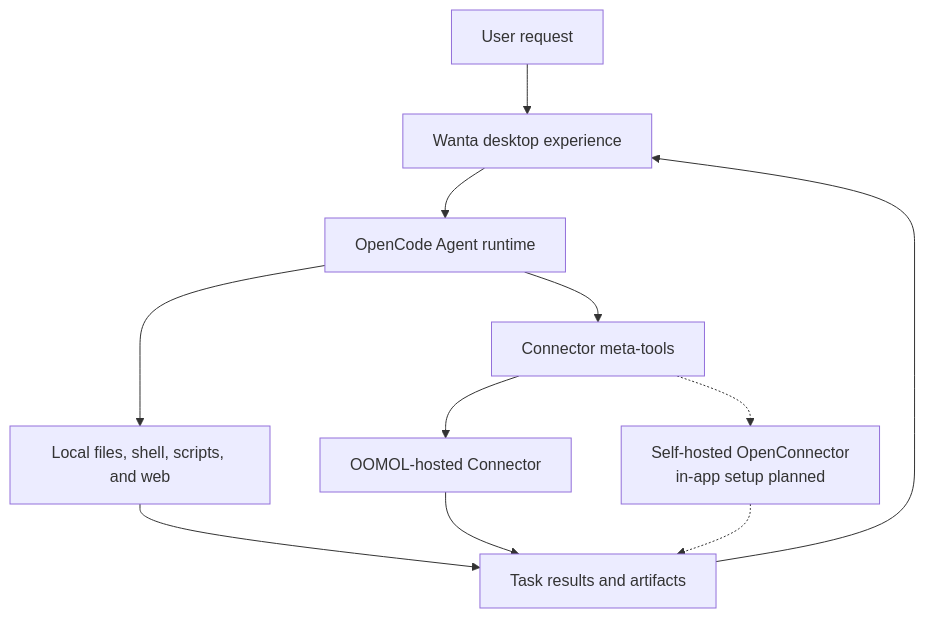
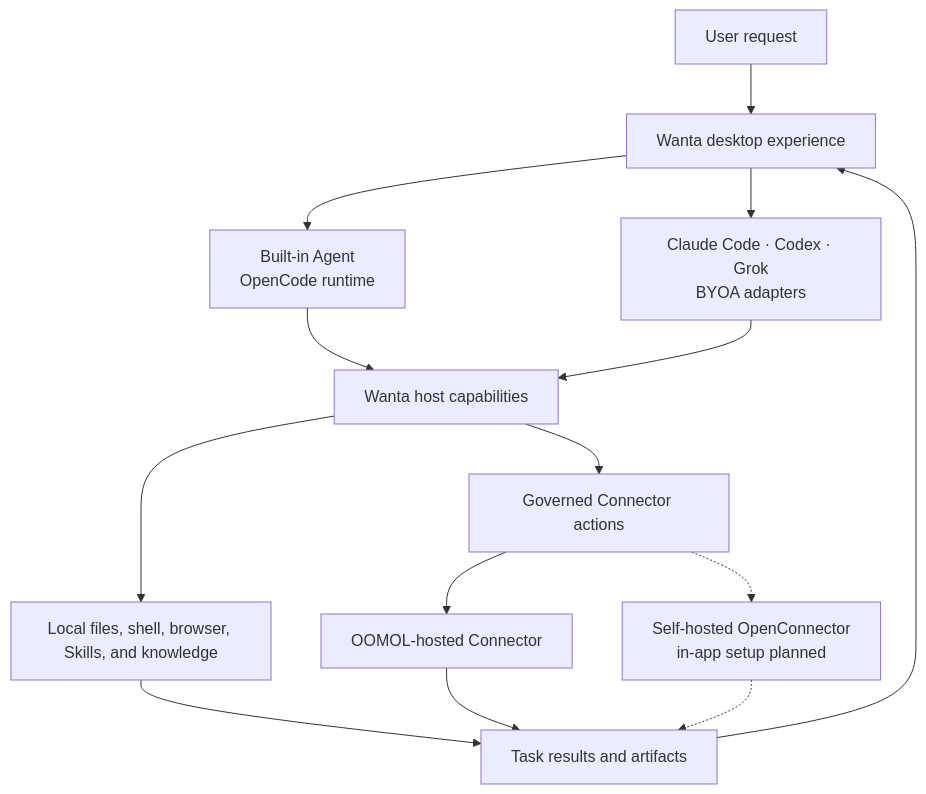
Before and after one commit to oomol-lab/wanta: the diagram in README.md, drawn with Mermaid. The commit also changed other lines of this file and 6 other files, not shown here.

First line of the commit message:
docs: highlight Wanta's open agent platform (#365)

````diff
--- a/README.md
+++ b/README.md
@@ -146,13 +207,16 @@
 ```mermaid
 flowchart TB
   User["User request"] --> UI["Wanta desktop experience"]
-  UI --> Agent["OpenCode Agent runtime"]
-  Agent --> Local["Local files, shell, scripts, and web"]
-  Agent --> Link["Connector meta-tools"]
+  UI --> BuiltIn["Built-in Agent<br/>OpenCode runtime"]
+  UI --> BYOA["Claude Code · Codex · Grok<br/>BYOA adapters"]
+  BuiltIn --> Host["Wanta host capabilities"]
+  BYOA --> Host
+  Host --> Local["Local files, shell, browser, Skills, and knowledge"]
+  Host --> Link["Governed Connector actions"]
   Link --> Hosted["OOMOL-hosted Connector"]
   Link -.-> SelfHosted["Self-hosted OpenConnector<br/>in-app setup planned"]
   Local --> Result["Task results and artifacts"]
   Hosted --> Result
   SelfHosted -.-> Result
   Result --> UI
 ```
````
